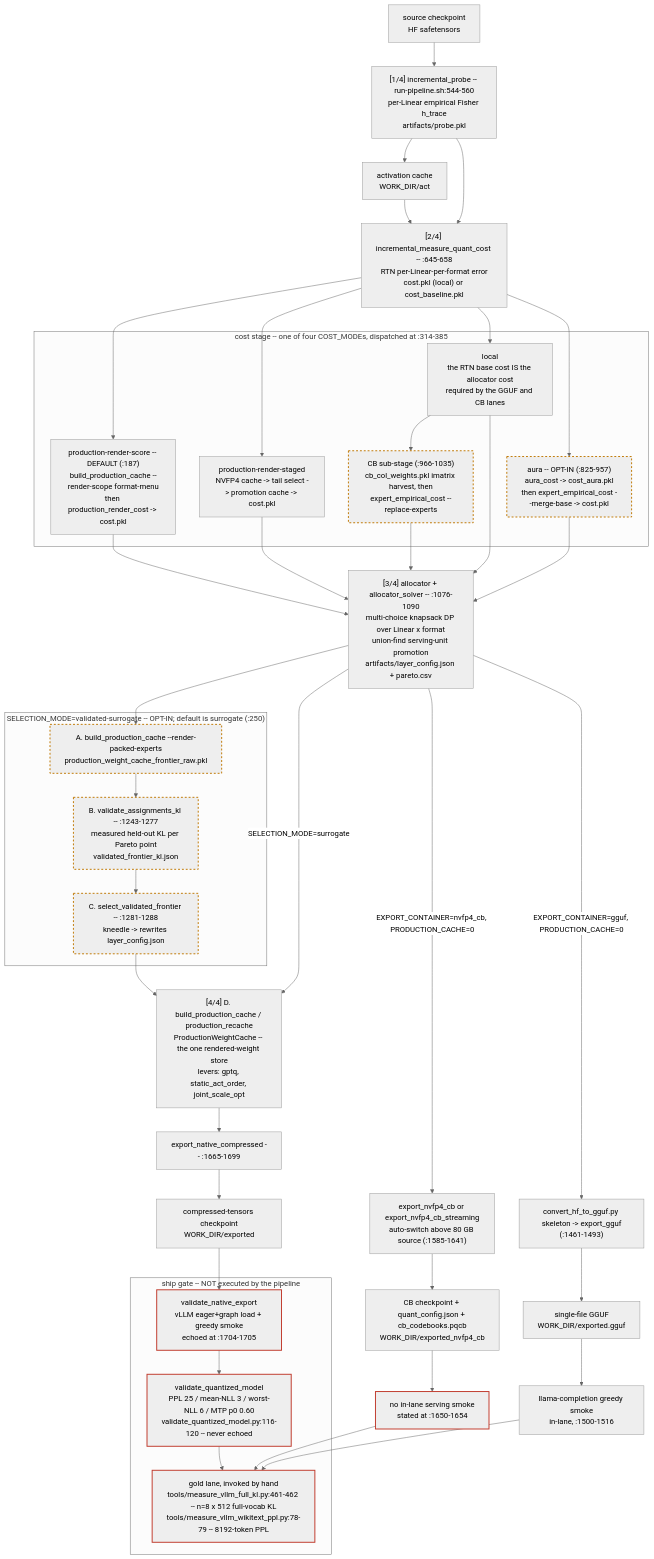
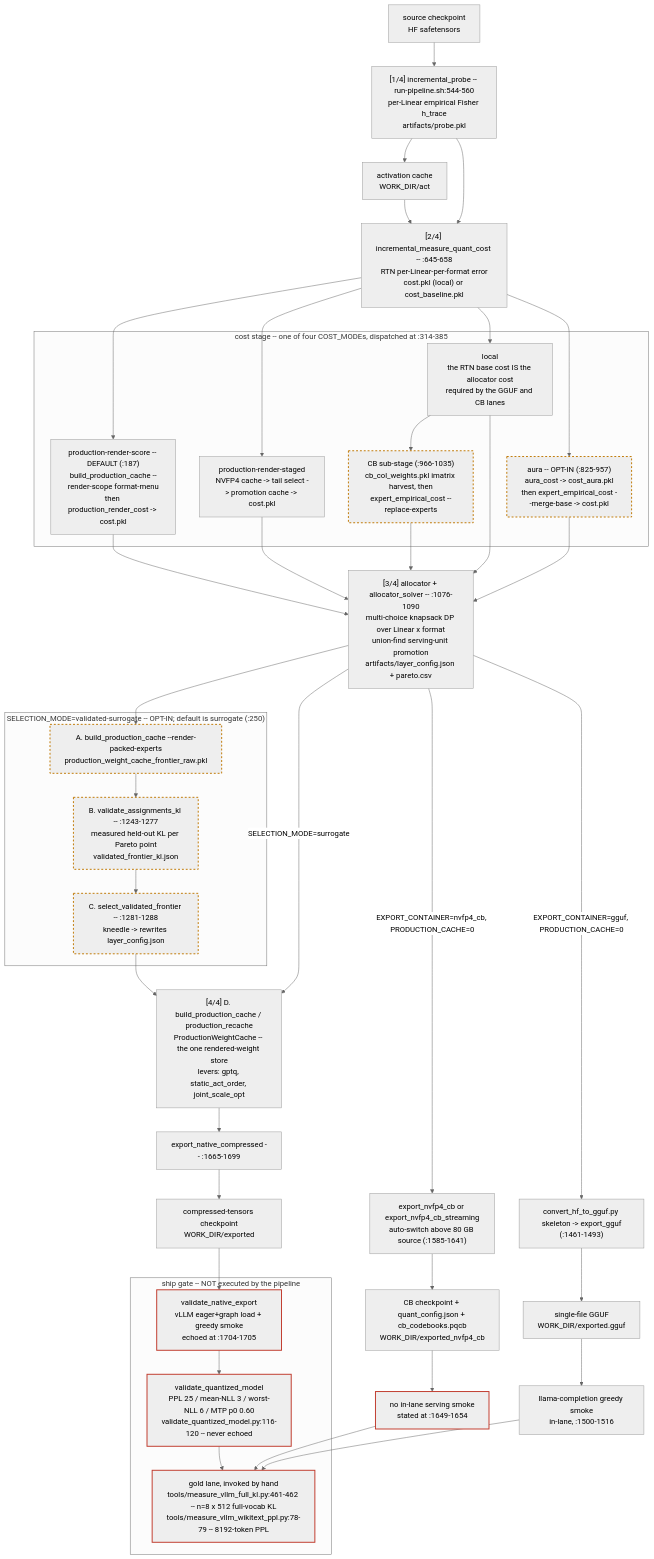
The first of 3 diagrams in docs/ARCHITECTURE.md (JeffreyLatter/prismaquant), drawn with Mermaid (neutral theme) before and after one commit. The commit also changed other lines of this file and 3 other files, not shown here.

```diff
--- a/docs/ARCHITECTURE.md
+++ b/docs/ARCHITECTURE.md
@@ -250,7 +252,7 @@
   EXPGG --> OUTGG
 
   GGSMOKE["llama-completion greedy smoke<br/>in-lane, :1500-1516"]
-  NOSMOKE["no in-lane serving smoke<br/>stated at :1650-1654"]
+  NOSMOKE["no in-lane serving smoke<br/>stated at :1649-1654"]
   OUTGG --> GGSMOKE
   OUTCB --> NOSMOKE
 
```
